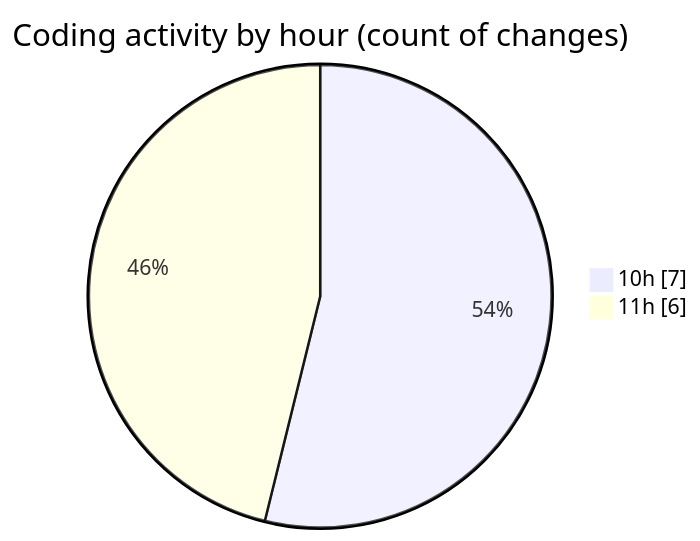
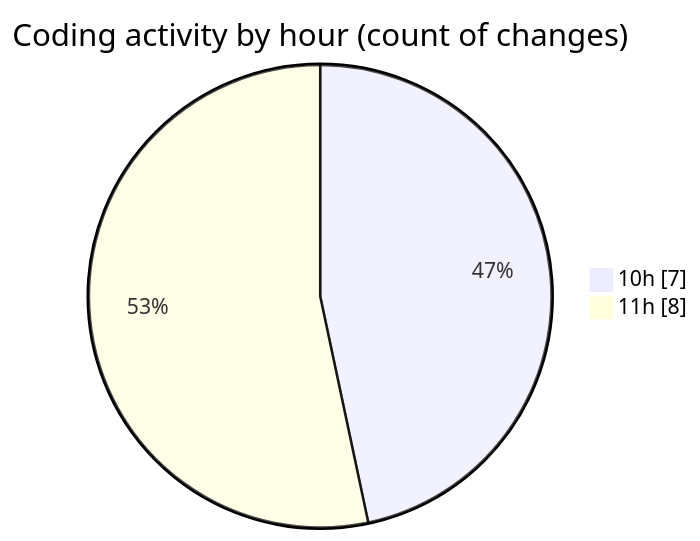
The second of 2 diagrams in 2026-03-31/cinema/README.md (igalym/code-tracking), drawn with Mermaid before and after one commit. The commit also changed other lines of this file and 1 other file, not shown here.

````diff
--- a/2026-03-31/cinema/README.md
+++ b/2026-03-31/cinema/README.md
@@ -34,6 +36,6 @@
 ```mermaid
 pie showData
 title Coding activity by hour (count of changes)
 "10h" : 7
-"11h" : 6
+"11h" : 8
 ```
````
